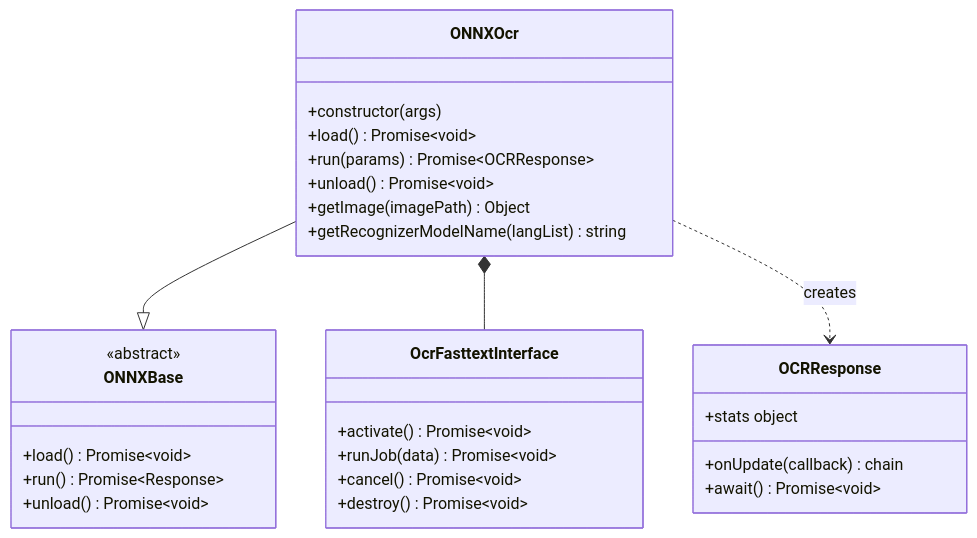
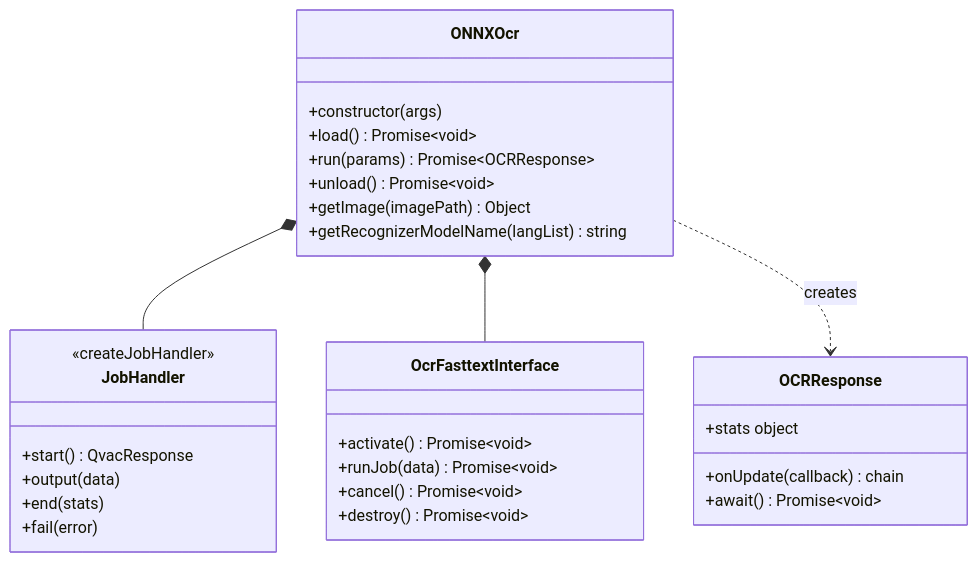
Before and after one commit to tetherto/qvac: the second of 4 diagrams in packages/ocr-onnx/docs/architecture.md, drawn with Mermaid. The commit also changed other lines of this file and 7 other files, not shown here.

First line of the commit message:
doc: refresh inference addon architecture docs

````diff
--- a/packages/ocr-onnx/docs/architecture.md
+++ b/packages/ocr-onnx/docs/architecture.md
@@ -153,35 +157,36 @@
 ```mermaid
 classDiagram
     class ONNXOcr {
         +constructor(args)
         +load() Promise~void~
         +run(params) Promise~OCRResponse~
         +unload() Promise~void~
         +getImage(imagePath) Object
         +getRecognizerModelName(langList) string
     }
 
-    class ONNXBase {
-        <<abstract>>
-        +load() Promise~void~
-        +run() Promise~Response~
-        +unload() Promise~void~
+    class JobHandler {
+        <<createJobHandler>>
+        +start() QvacResponse
+        +output(data)
+        +end(stats)
+        +fail(error)
     }
 
     class OcrFasttextInterface {
         +activate() Promise~void~
         +runJob(data) Promise~void~
         +cancel() Promise~void~
         +destroy() Promise~void~
     }
 
     class OCRResponse {
         +onUpdate(callback) chain
         +await() Promise~void~
         +stats object
     }
 
-    ONNXOcr --|> ONNXBase
+    ONNXOcr *-- JobHandler
     ONNXOcr *-- OcrFasttextInterface
     ONNXOcr ..> OCRResponse : creates
 ```
````
